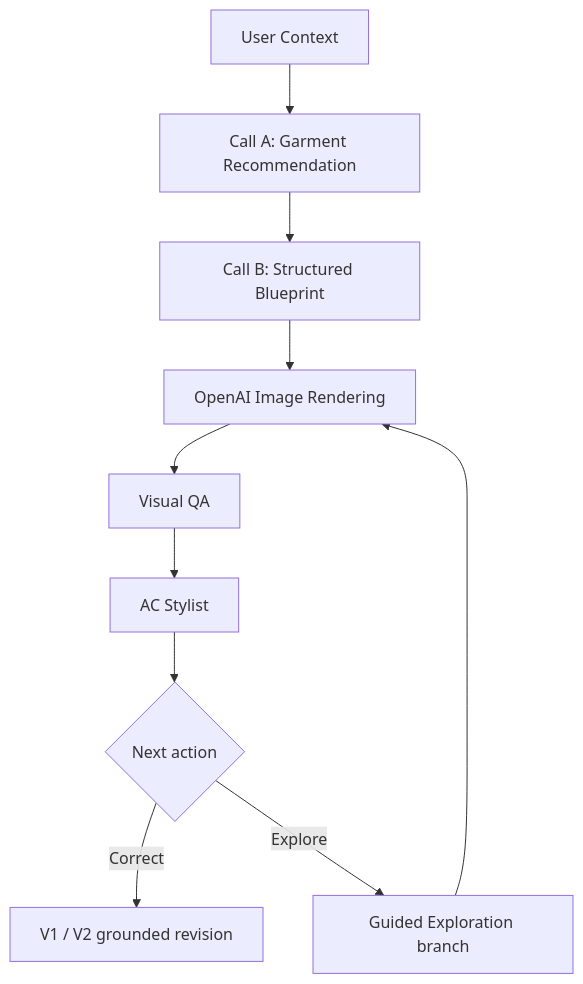
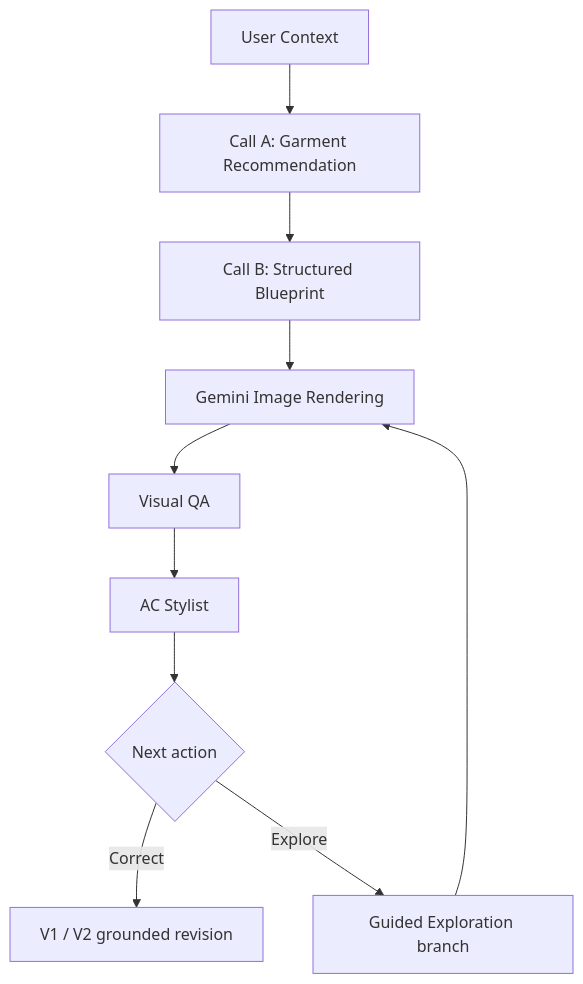
The diagram in README.md (hoangquangcharleshoang-ux/AC-Viet-Phuc-Duong-Dai), drawn with Mermaid before and after one commit. The commit also changed other lines of this file and 25 other files, not shown here.

````diff
--- a/README.md
+++ b/README.md
@@ -48,12 +48,12 @@
 ```mermaid
 flowchart TD
     A[User Context] --> B[Call A: Garment Recommendation]
     B --> C[Call B: Structured Blueprint]
-    C --> D[OpenAI Image Rendering]
+    C --> D[Gemini Image Rendering]
     D --> E[Visual QA]
     E --> F[AC Stylist]
     F --> G{Next action}
     G -->|Correct| H[V1 / V2 grounded revision]
     G -->|Explore| I[Guided Exploration branch]
     I --> D
 ```
````
